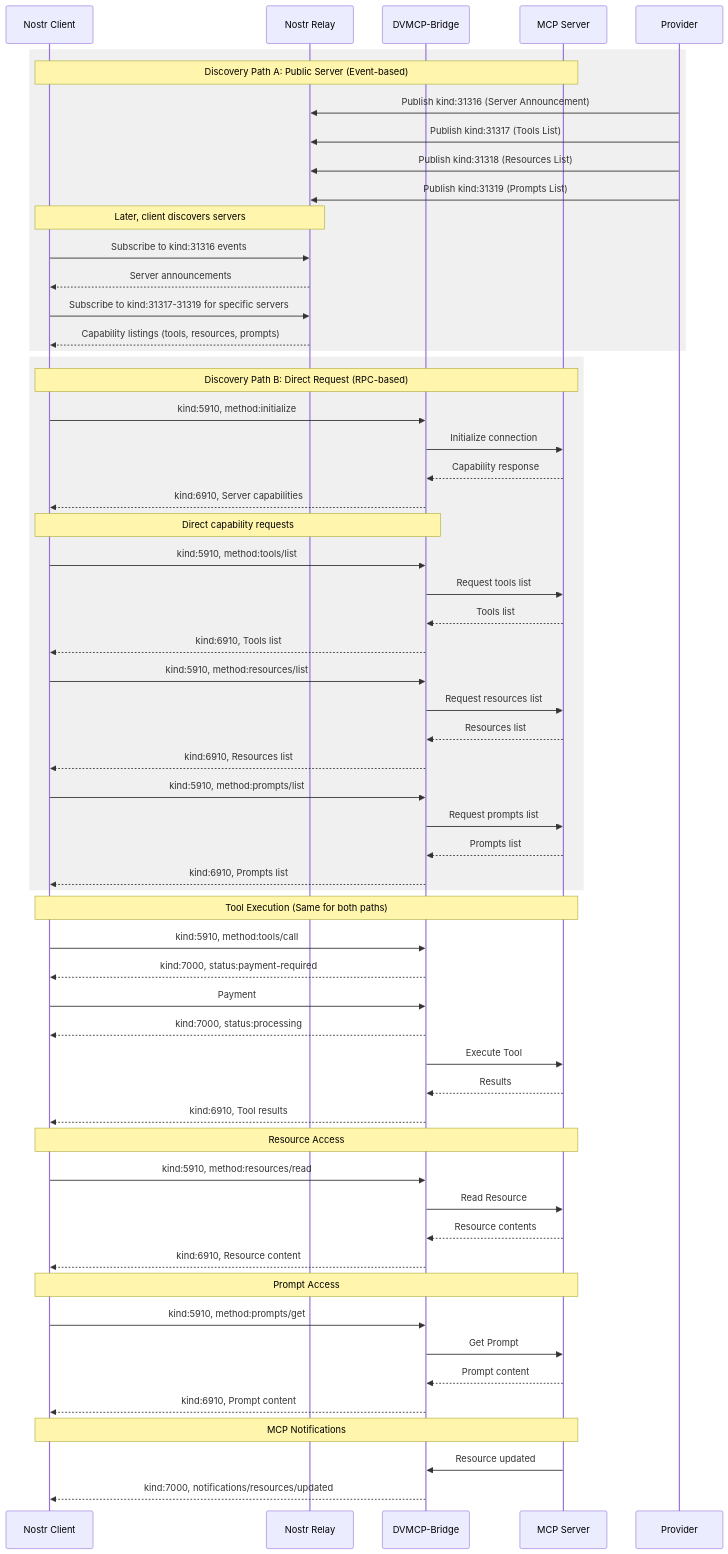
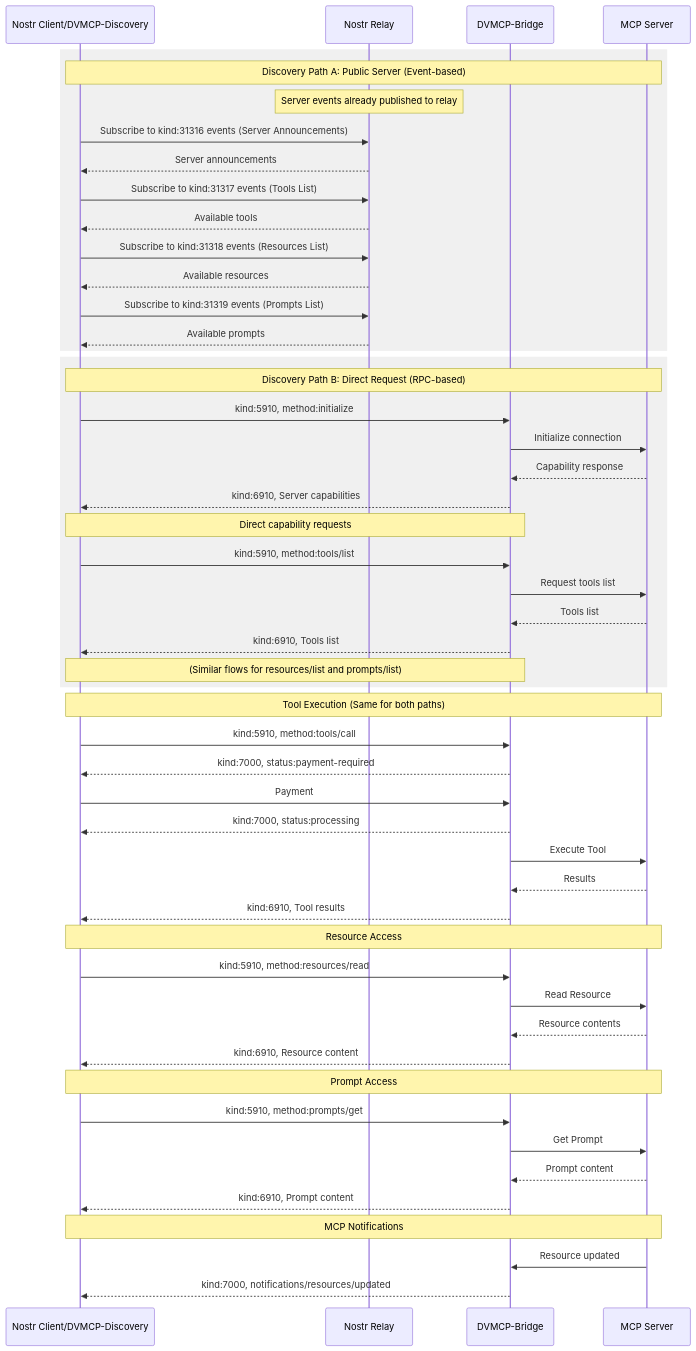
One commit to gzuuus/dvmcp changed the diagram in docs/dvmcp-spec-2025-03-26.md. Above: the diagram before and after it, drawn with Mermaid.

Commit message:
docs: simplify discovery sequence diagram and clarify event subscription flow

````diff
--- a/docs/dvmcp-spec-2025-03-26.md
+++ b/docs/dvmcp-spec-2025-03-26.md
@@ -747,71 +747,62 @@
 ```mermaid
 sequenceDiagram
-    participant Client as Nostr Client
+    participant Client as Nostr Client/DVMCP-Discovery
     participant Relay as Nostr Relay
     participant DVM as DVMCP-Bridge
     participant Server as MCP Server
-    participant Provider as Provider
 
     rect rgb(240, 240, 240)
         Note over Client,Server: Discovery Path A: Public Server (Event-based)
-        Provider->>Relay: Publish kind:31316 (Server Announcement)
-        Provider->>Relay: Publish kind:31317 (Tools List)
-        Provider->>Relay: Publish kind:31318 (Resources List)
-        Provider->>Relay: Publish kind:31319 (Prompts List)
+        Note over Relay: Server events already published to relay
         
-        Note over Client,Relay: Later, client discovers servers
-        Client->>Relay: Subscribe to kind:31316 events
+        Client->>Relay: Subscribe to kind:31316 events (Server Announcements)
         Relay-->>Client: Server announcements
-        Client->>Relay: Subscribe to kind:31317-31319 for specific servers
-        Relay-->>Client: Capability listings (tools, resources, prompts)
+        Client->>Relay: Subscribe to kind:31317 events (Tools List)
+        Relay-->>Client: Available tools
+        Client->>Relay: Subscribe to kind:31318 events (Resources List)
+        Relay-->>Client: Available resources
+        Client->>Relay: Subscribe to kind:31319 events (Prompts List)
+        Relay-->>Client: Available prompts
     end
 
     rect rgb(240, 240, 240)
         Note over Client,Server: Discovery Path B: Direct Request (RPC-based)
         Client->>DVM: kind:5910, method:initialize
         DVM->>Server: Initialize connection
         Server-->>DVM: Capability response
         DVM-->>Client: kind:6910, Server capabilities
         
         Note over Client,DVM: Direct capability requests
         Client->>DVM: kind:5910, method:tools/list
         DVM->>Server: Request tools list
         Server-->>DVM: Tools list
         DVM-->>Client: kind:6910, Tools list
         
-        Client->>DVM: kind:5910, method:resources/list
-        DVM->>Server: Request resources list
-        Server-->>DVM: Resources list
-        DVM-->>Client: kind:6910, Resources list
-        
-        Client->>DVM: kind:5910, method:prompts/list
-        DVM->>Server: Request prompts list
-        Server-->>DVM: Prompts list
-        DVM-->>Client: kind:6910, Prompts list
+        Note over Client,DVM: (Similar flows for resources/list and prompts/list)
     end
 
     Note over Client,Server: Tool Execution (Same for both paths)
     Client->>DVM: kind:5910, method:tools/call
     DVM-->>Client: kind:7000, status:payment-required
     Client->>DVM: Payment
     DVM-->>Client: kind:7000, status:processing
     DVM->>Server: Execute Tool
     Server-->>DVM: Results
     DVM-->>Client: kind:6910, Tool results
 
     Note over Client,Server: Resource Access
     Client->>DVM: kind:5910, method:resources/read
     DVM->>Server: Read Resource
     Server-->>DVM: Resource contents
     DVM-->>Client: kind:6910, Resource content
 
     Note over Client,Server: Prompt Access
     Client->>DVM: kind:5910, method:prompts/get
     DVM->>Server: Get Prompt
     Server-->>DVM: Prompt content
     DVM-->>Client: kind:6910, Prompt content
 
     Note over Client,Server: MCP Notifications
     Server->>DVM: Resource updated
     DVM-->>Client: kind:7000, notifications/resources/updated
 ```
````
